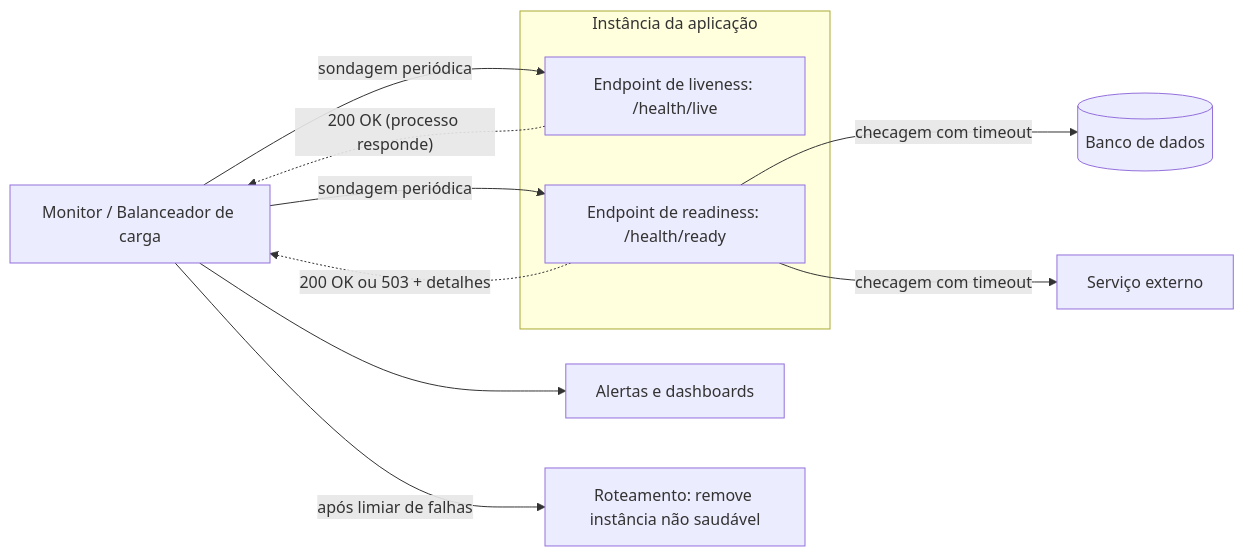
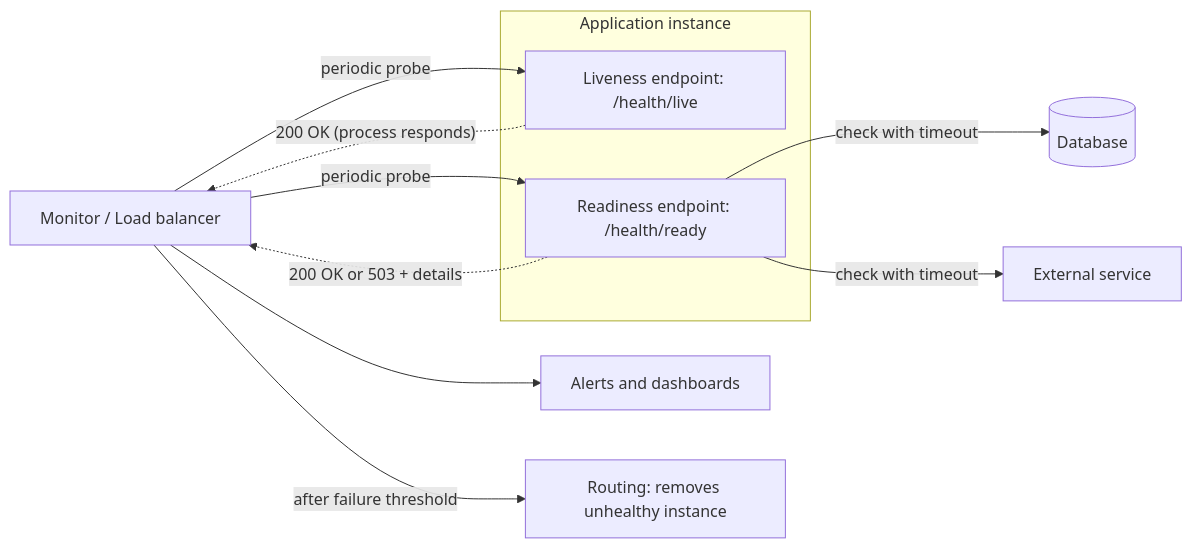
Before and after one commit to alancesar/design-patterns: the diagram in docs/cloud/cloud-design-patterns/resiliency/health-endpoint-monitoring.md, drawn with Mermaid. The commit also changed 258 other files, not shown here.

First line of the commit message:
Translate Mermaid diagrams to English

````diff
--- a/docs/cloud/cloud-design-patterns/resiliency/health-endpoint-monitoring.md
+++ b/docs/cloud/cloud-design-patterns/resiliency/health-endpoint-monitoring.md
@@ -70,21 +70,21 @@
 ```mermaid
 flowchart LR
-    M["Monitor / Balanceador de carga"]
-    subgraph APP["Instância da aplicação"]
-        L["Endpoint de liveness: /health/live"]
-        R["Endpoint de readiness: /health/ready"]
+    M["Monitor / Load balancer"]
+    subgraph APP["Application instance"]
+        L["Liveness endpoint: /health/live"]
+        R["Readiness endpoint: /health/ready"]
     end
-    D[("Banco de dados")]
-    S["Serviço externo"]
-    AL["Alertas e dashboards"]
-    RT["Roteamento: remove instância não saudável"]
+    D[("Database")]
+    S["External service"]
+    AL["Alerts and dashboards"]
+    RT["Routing: removes unhealthy instance"]
 
-    M -->|"sondagem periódica"| L
-    M -->|"sondagem periódica"| R
-    L -.->|"200 OK (processo responde)"| M
-    R -->|"checagem com timeout"| D
-    R -->|"checagem com timeout"| S
-    R -.->|"200 OK ou 503 + detalhes"| M
+    M -->|"periodic probe"| L
+    M -->|"periodic probe"| R
+    L -.->|"200 OK (process responds)"| M
+    R -->|"check with timeout"| D
+    R -->|"check with timeout"| S
+    R -.->|"200 OK or 503 + details"| M
     M --> AL
-    M -->|"após limiar de falhas"| RT
+    M -->|"after failure threshold"| RT
 ```
````
